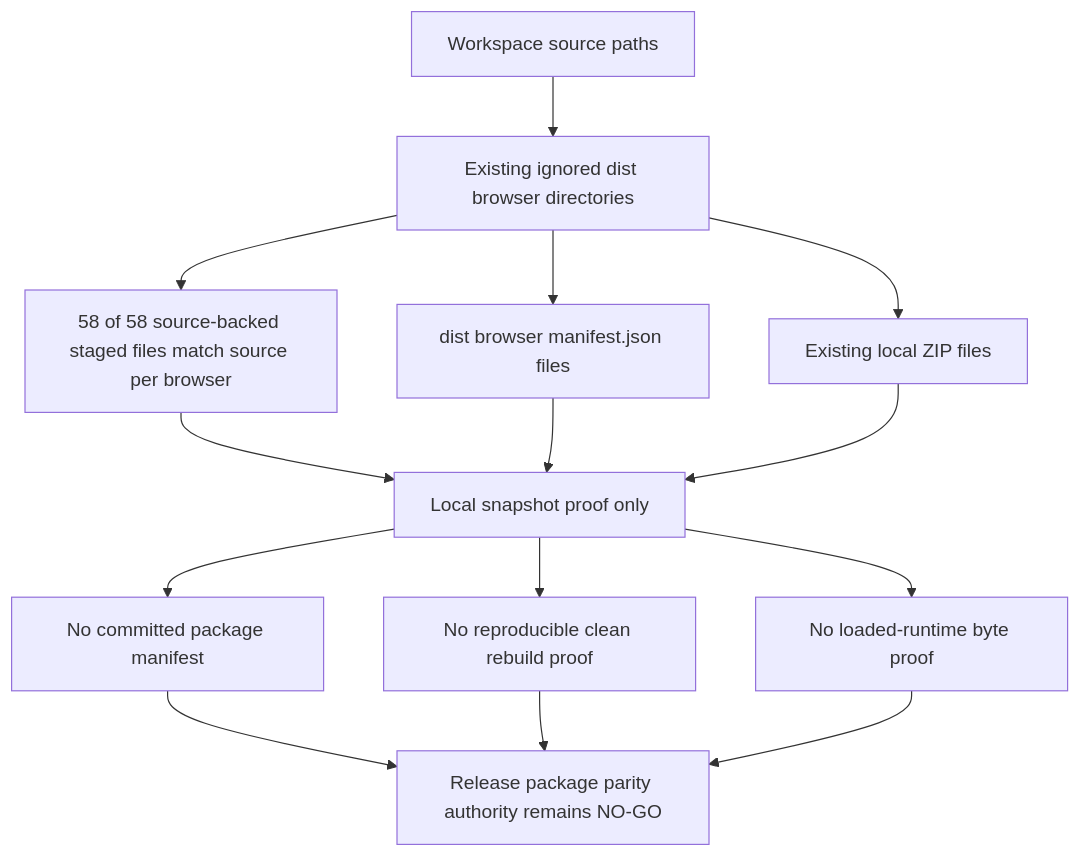
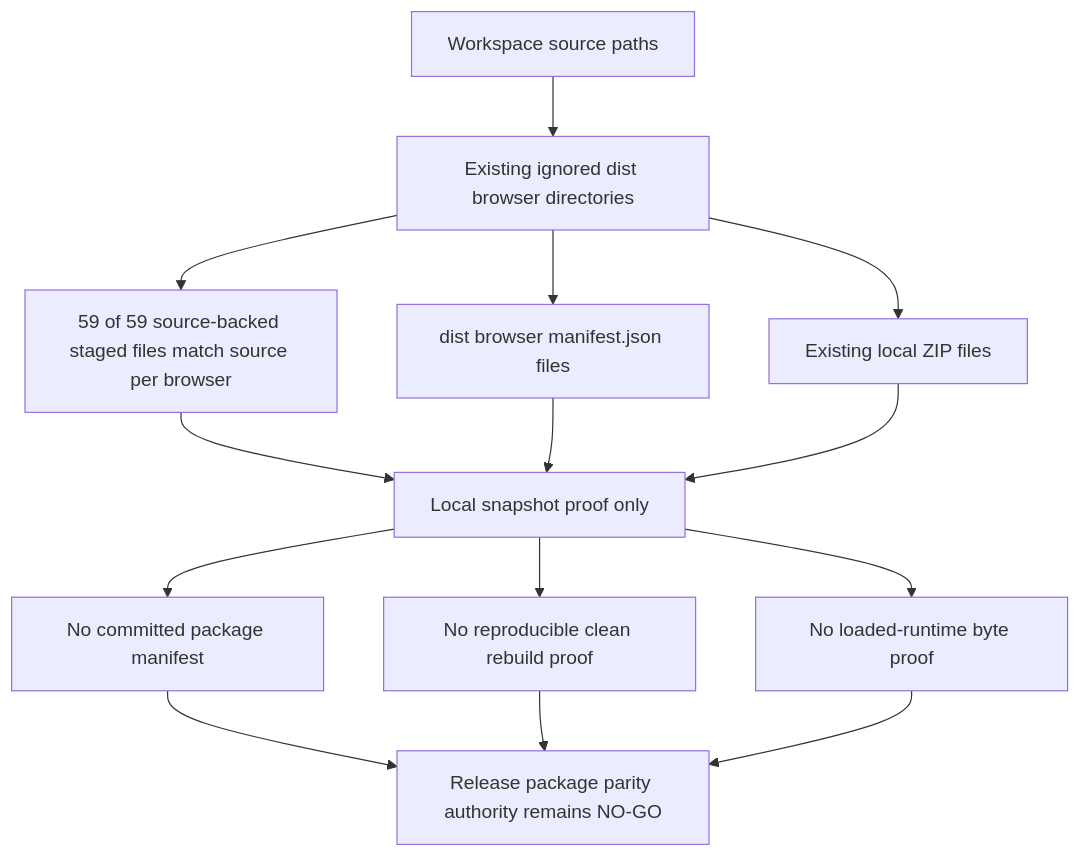
The ninth of 9 diagrams in docs/audit/FILTERTUBE_P0_RELEASE_PACKAGE_CURRENT_BEHAVIOR_2026-05-19.md (varshneydevansh/FilterTube), drawn with Mermaid before and after one commit. The commit also changed other lines of this file and 21 other files, not shown here.

````diff
--- a/docs/audit/FILTERTUBE_P0_RELEASE_PACKAGE_CURRENT_BEHAVIOR_2026-05-19.md
+++ b/docs/audit/FILTERTUBE_P0_RELEASE_PACKAGE_CURRENT_BEHAVIOR_2026-05-19.md
@@ -716,16 +716,16 @@
 ```mermaid
 flowchart TD
   A["Workspace source paths"] --> B["Existing ignored dist browser directories"]
-  B --> C["58 of 58 source-backed staged files match source per browser"]
+  B --> C["59 of 59 source-backed staged files match source per browser"]
   B --> D["dist browser manifest.json files"]
   B --> E["Existing local ZIP files"]
   C --> F["Local snapshot proof only"]
   D --> F
   E --> F
   F --> G["No committed package manifest"]
   F --> H["No reproducible clean rebuild proof"]
   F --> I["No loaded-runtime byte proof"]
   G --> J["Release package parity authority remains NO-GO"]
   H --> J
   I --> J
 ```
````
